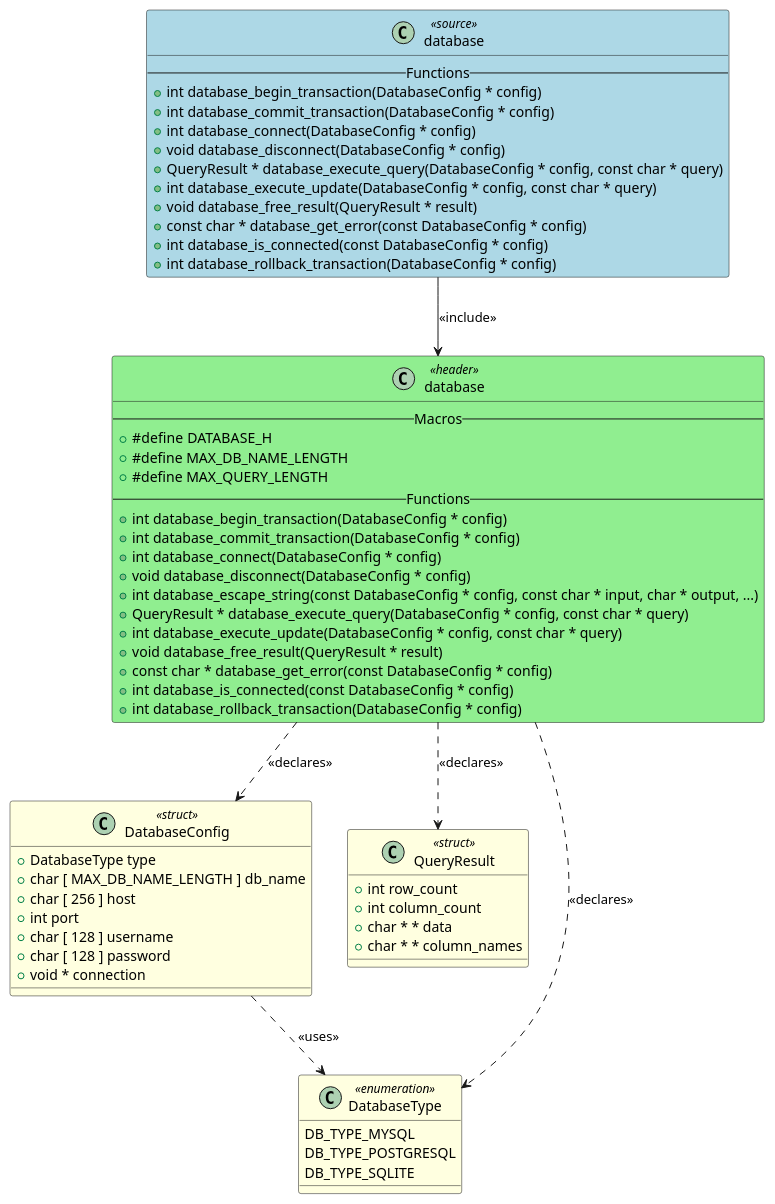
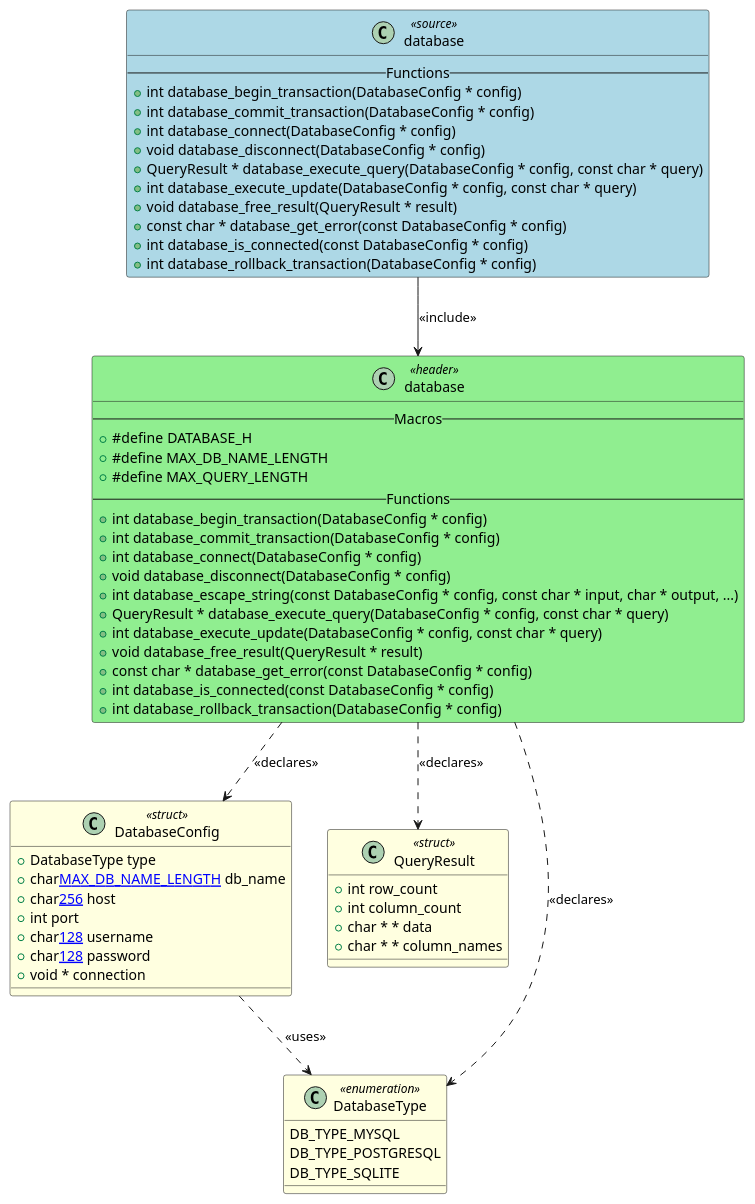
The diagram in artifacts/output_example/database.puml (fischerjooo/c2puml), drawn with PlantUML before and after one commit. The commit also changed 12 other files, not shown here.

First line of the commit message:
Fix array field spacing in PlantUML output

```diff
--- a/artifacts/output_example/database.puml
+++ b/artifacts/output_example/database.puml
@@ -1,76 +1,76 @@
 @startuml database
 
 class "database" as DATABASE <<source>> #LightBlue
 {
     -- Functions --
     + int database_begin_transaction(DatabaseConfig * config)
     + int database_commit_transaction(DatabaseConfig * config)
     + int database_connect(DatabaseConfig * config)
     + void database_disconnect(DatabaseConfig * config)
     + QueryResult * database_execute_query(DatabaseConfig * config, const char * query)
     + int database_execute_update(DatabaseConfig * config, const char * query)
     + void database_free_result(QueryResult * result)
     + const char * database_get_error(const DatabaseConfig * config)
     + int database_is_connected(const DatabaseConfig * config)
     + int database_rollback_transaction(DatabaseConfig * config)
 }
 
 class "database" as HEADER_DATABASE <<header>> #LightGreen
 {
     -- Macros --
     + #define DATABASE_H
     + #define MAX_DB_NAME_LENGTH
     + #define MAX_QUERY_LENGTH
     -- Functions --
     + int database_begin_transaction(DatabaseConfig * config)
     + int database_commit_transaction(DatabaseConfig * config)
     + int database_connect(DatabaseConfig * config)
     + void database_disconnect(DatabaseConfig * config)
     + int database_escape_string(const DatabaseConfig * config, const char * input, char * output, ...)
     + QueryResult * database_execute_query(DatabaseConfig * config, const char * query)
     + int database_execute_update(DatabaseConfig * config, const char * query)
     + void database_free_result(QueryResult * result)
     + const char * database_get_error(const DatabaseConfig * config)
     + int database_is_connected(const DatabaseConfig * config)
     + int database_rollback_transaction(DatabaseConfig * config)
 }
 
 class "DatabaseConfig" as TYPEDEF_DATABASECONFIG <<struct>> #LightYellow
 {
     + DatabaseType type
-    + char [ MAX_DB_NAME_LENGTH ] db_name
-    + char [ 256 ] host
+    + char[[MAX_DB_NAME_LENGTH]] db_name
+    + char[[256]] host
     + int port
-    + char [ 128 ] username
-    + char [ 128 ] password
+    + char[[128]] username
+    + char[[128]] password
     + void * connection
 }
 
 class "QueryResult" as TYPEDEF_QUERYRESULT <<struct>> #LightYellow
 {
     + int row_count
     + int column_count
     + char * * data
     + char * * column_names
 }
 
 class "DatabaseType" as TYPEDEF_DATABASETYPE <<enumeration>> #LightYellow
 {
     DB_TYPE_MYSQL
     DB_TYPE_POSTGRESQL
     DB_TYPE_SQLITE
 }
 
 
 ' Include relationships
 DATABASE --> HEADER_DATABASE : <<include>>
 
 ' Declaration relationships
 HEADER_DATABASE ..> TYPEDEF_DATABASECONFIG : <<declares>>
 HEADER_DATABASE ..> TYPEDEF_QUERYRESULT : <<declares>>
 HEADER_DATABASE ..> TYPEDEF_DATABASETYPE : <<declares>>
 
 ' Uses relationships
 TYPEDEF_DATABASECONFIG ..> TYPEDEF_DATABASETYPE : <<uses>>
 
 @enduml
```
